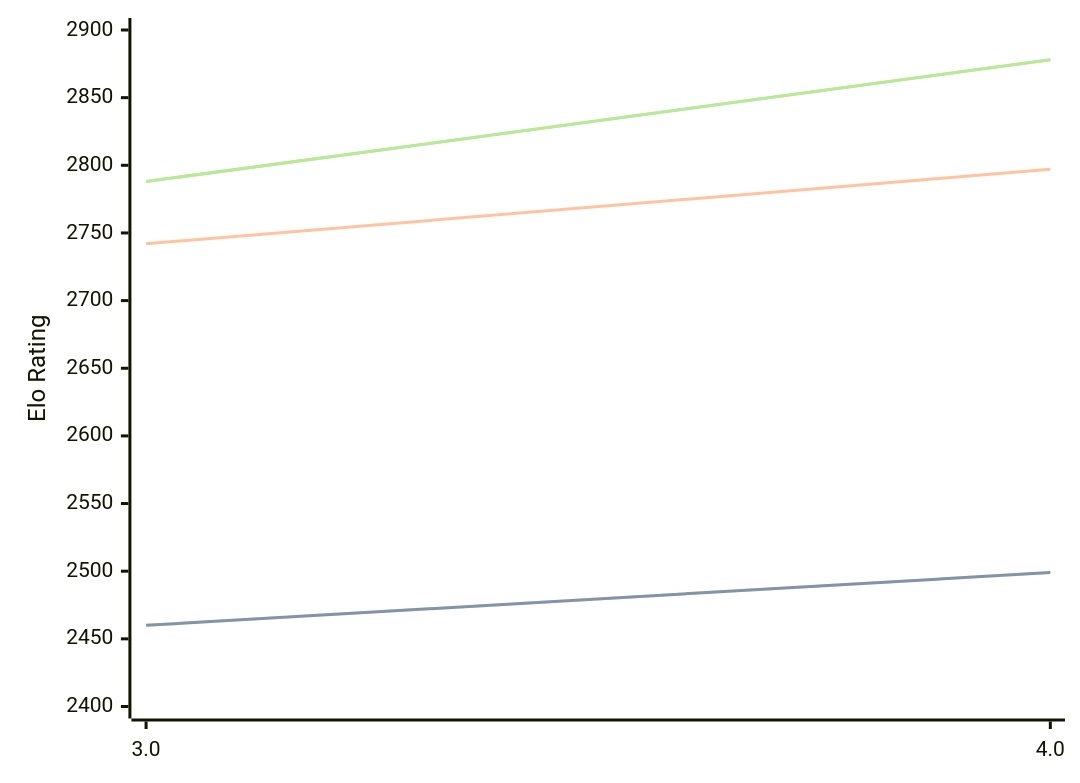
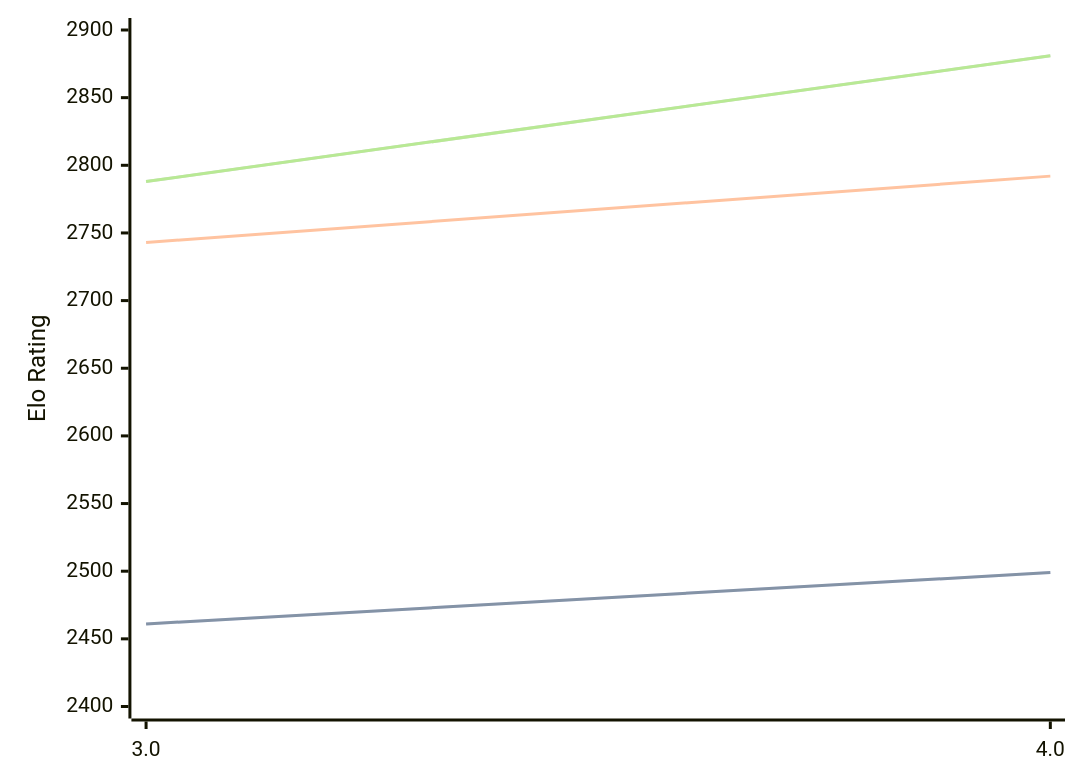
The first of 3 diagrams in engines/Chess3.md (computer-chess-index/cci), drawn with Mermaid before and after one commit. The commit also changed other lines of this file, not shown here.

Commit message:
Update CCI Ratings (ELO VLTC) - 2026-06-22

````diff
--- a/engines/Chess3.md
+++ b/engines/Chess3.md
@@ -34,11 +34,11 @@
 ```mermaid
 %%{init: {"theme":"base","themeVariables":{"seriesColors:['#a3a3a3','#222221','#faa371']}}}%%
 xychart-beta
   x-axis ["3.0", "4.0"]
   y-axis "Elo Rating" 2400 --> 2900
-  line "STC (8.0+0.08s)" [2460, 2499]
-  line "STC (8.0+0.08s)" [2460, 2499]
-  line "LTC (60.0+0.60s)" [2742, 2797]
-  line "VLTC (2m24s+1.12s)" [2788, 2878]
-  line "VLTC (2m24s+1.12s)" [2788, 2878]
+  line "STC (8.0+0.08s)" [2461, 2499]
+  line "STC (8.0+0.08s)" [2461, 2499]
+  line "LTC (60.0+0.60s)" [2743, 2792]
+  line "VLTC (2m24s+1.12s)" [2788, 2881]
+  line "VLTC (2m24s+1.12s)" [2788, 2881]
 ```
````
